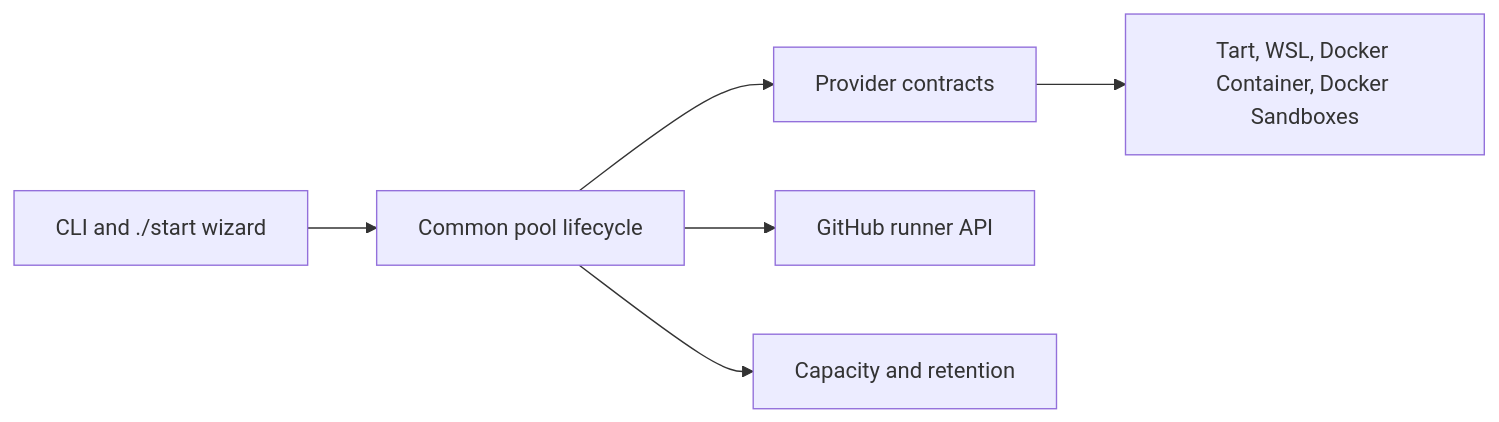
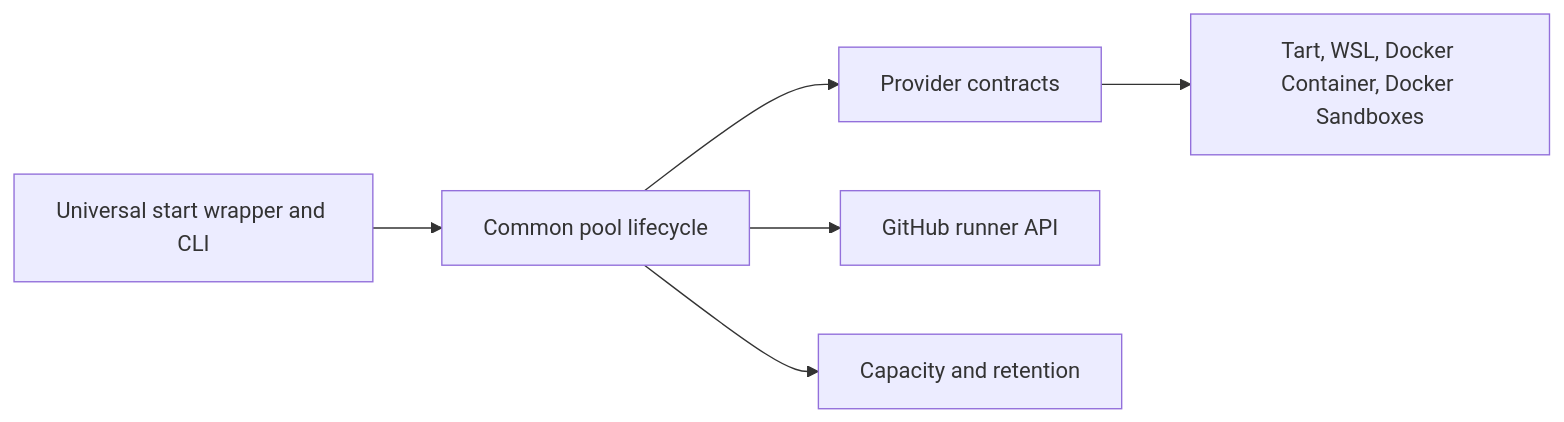
One commit to solutionforest/ephemeral-action-runner changed the diagram in docs/development/design.md. Above: the diagram before and after it, drawn with Mermaid. The commit also changed other lines of this file and 28 other files, not shown here.

Commit message:
Refactor first-run wizard and start contract

````diff
--- a/docs/development/design.md
+++ b/docs/development/design.md
@@ -5,8 +5,8 @@
 ```mermaid
 flowchart LR
-  CLI["CLI and ./start wizard"] --> Pool["Common pool lifecycle"]
+  CLI["Universal start wrapper and CLI"] --> Pool["Common pool lifecycle"]
   Pool --> Provider["Provider contracts"]
   Pool --> GitHub["GitHub runner API"]
   Pool --> Storage["Capacity and retention"]
   Provider --> Implementations["Tart, WSL, Docker Container, Docker Sandboxes"]
 ```
````
